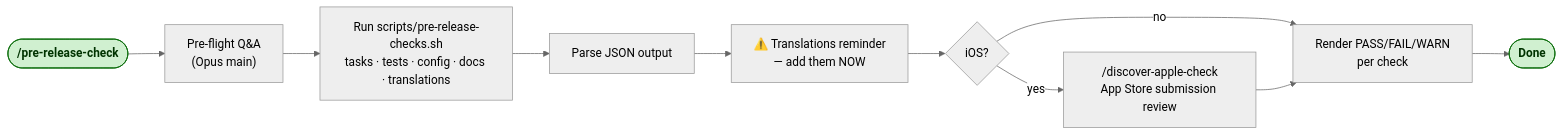
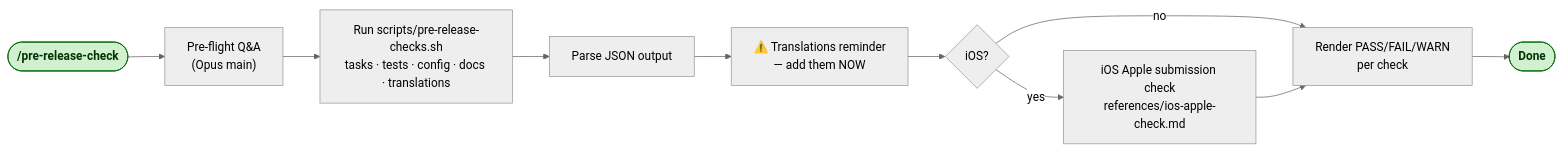
One commit to VladislavSournine/vladyslav-skills changed the tenth of 12 diagrams in docs/diagrams/skill-flows.md. Above: the diagram before and after it, drawn with Mermaid (neutral theme). The commit also changed other lines of this file and 32 other files, not shown here.

````diff
--- a/docs/diagrams/skill-flows.md
+++ b/docs/diagrams/skill-flows.md
@@ -245,15 +188,15 @@
 ```mermaid
 flowchart LR
     A([/pre-release-check]):::start --> B["Pre-flight Q&A<br/>(Opus main)"]
     B --> C[Run scripts/pre-release-checks.sh<br/>tasks · tests · config · docs · translations]
     C --> D[Parse JSON output]
     D --> E["⚠️ Translations reminder<br/>— add them NOW"]
     E --> F{iOS?}
-    F -- yes --> G["/discover-apple-check<br/>App Store submission review"]
+    F -- yes --> G["iOS Apple submission check<br/>references/ios-apple-check.md"]
     F -- no  --> H[Render PASS/FAIL/WARN<br/>per check]
     G --> H
     H --> I([Done]):::done
 
     classDef start fill:#d0f0d0,stroke:#006600,color:#003300,font-weight:bold
     classDef done  fill:#d0f0d0,stroke:#006600,color:#003300,font-weight:bold
 ```
````
